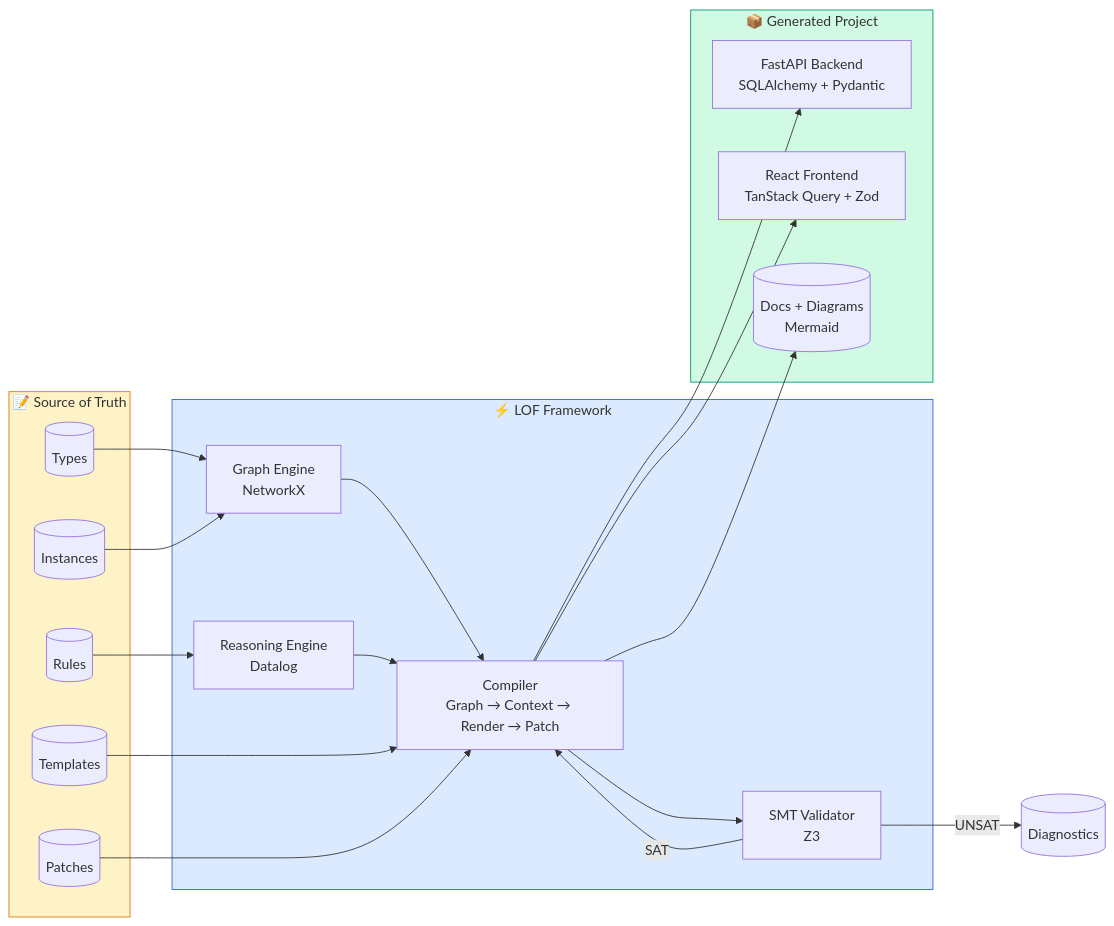
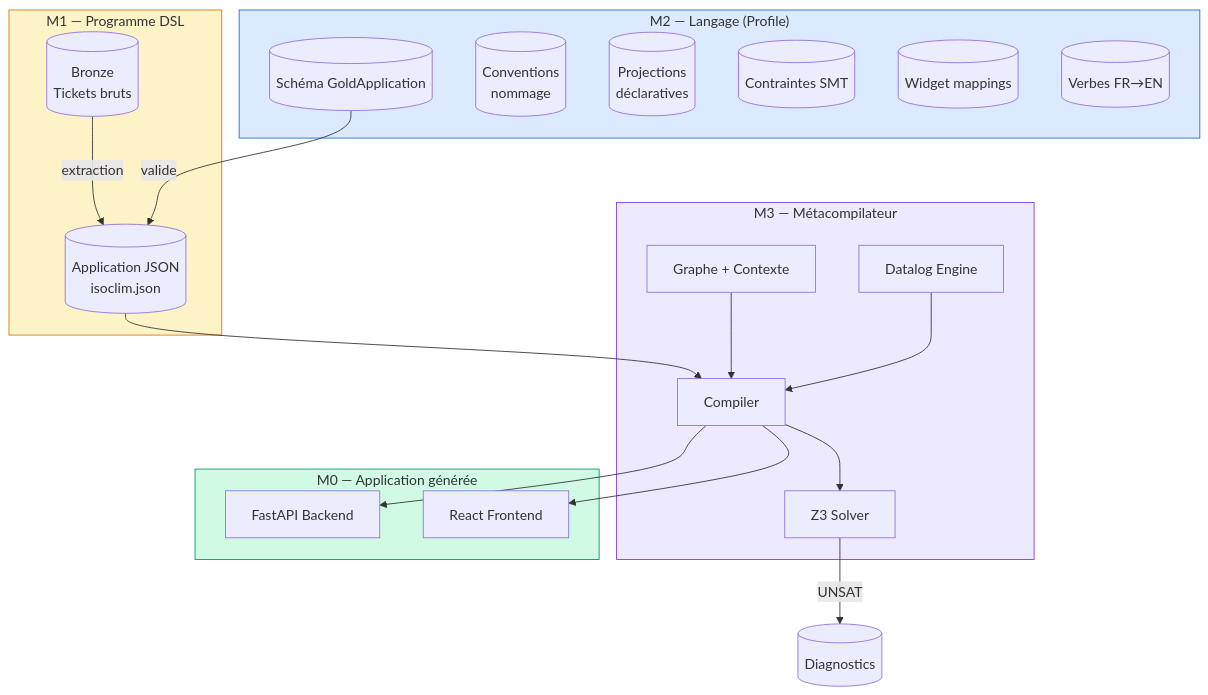
One commit to joanix2/LOF-Framework changed the diagram in README.md. Above: the diagram before and after it, drawn with Mermaid. The commit also changed other lines of this file and 1 other file, not shown here.

````diff
--- a/README.md
+++ b/README.md
@@ -9,41 +9,43 @@
 ```mermaid
-flowchart LR
-    subgraph Source["📝 Source of Truth"]
-        TYPES[("Types")]
-        INST[("Instances")]
-        TEMPL[("Templates")]
-        PATCH[("Patches")]
-        RULES[("Rules")]
+flowchart TB
+    subgraph M1["M1 — Programme DSL"]
+        BRONZE[("Bronze<br/>Tickets bruts")]
+        APP[("Application JSON<br/>isoclim.json")]
     end
 
-    subgraph LOF["⚡ LOF Framework"]
-        COMPILER["Compiler<br/>Graph → Context → Render → Patch"]
-        SMT["SMT Validator<br/>Z3"]
-        REASON["Reasoning Engine<br/>Datalog"]
-        GRAPH["Graph Engine<br/>NetworkX"]
+    subgraph M2["M2 — Langage (Profile)"]
+        SCHEMA[("Schéma GoldApplication")]
+        NAMING[("Conventions<br/>nommage")]
+        PROJECTIONS[("Projections<br/>déclaratives")]
+        CONSTRAINTS[("Contraintes SMT")]
+        WIDGETS[("Widget mappings")]
+        VERBS[("Verbes FR→EN")]
     end
 
-    subgraph Output["📦 Generated Project"]
-        API["FastAPI Backend<br/>SQLAlchemy + Pydantic"]
-        WEB["React Frontend<br/>TanStack Query + Zod"]
-        DOCS[("Docs + Diagrams<br/>Mermaid")]
+    subgraph M3["M3 — Métacompilateur"]
+        COMPILER["Compiler"]
+        SMT["Z3 Solver"]
+        REASON["Datalog Engine"]
+        GRAPH["Graphe + Contexte"]
     end
 
-    TYPES --> GRAPH
-    INST --> GRAPH
-    RULES --> REASON
+    subgraph M0["M0 — Application générée"]
+        API["FastAPI Backend"]
+        WEB["React Frontend"]
+    end
+
+    BRONZE -->|extraction| APP
+    APP --> COMPILER
+    SCHEMA -->|valide| APP
+    COMPILER --> SMT
     GRAPH --> COMPILER
     REASON --> COMPILER
-    TEMPL --> COMPILER
-    PATCH --> COMPILER
-    COMPILER --> SMT
-    SMT -->|SAT| COMPILER
-    SMT -->|UNSAT| DIAG[("Diagnostics")]
     COMPILER --> API
     COMPILER --> WEB
-    COMPILER --> DOCS
+    SMT -->|UNSAT| DIAG[("Diagnostics")]
 
-    style Source fill:#fef3c7,stroke:#d97706
-    style LOF fill:#dbeafe,stroke:#2563eb
-    style Output fill:#d1fae5,stroke:#059669
+    style M1 fill:#fef3c7,stroke:#d97706
+    style M2 fill:#dbeafe,stroke:#2563eb
+    style M3 fill:#ede9fe,stroke:#7c3aed
+    style M0 fill:#d1fae5,stroke:#059669
 ```
````
